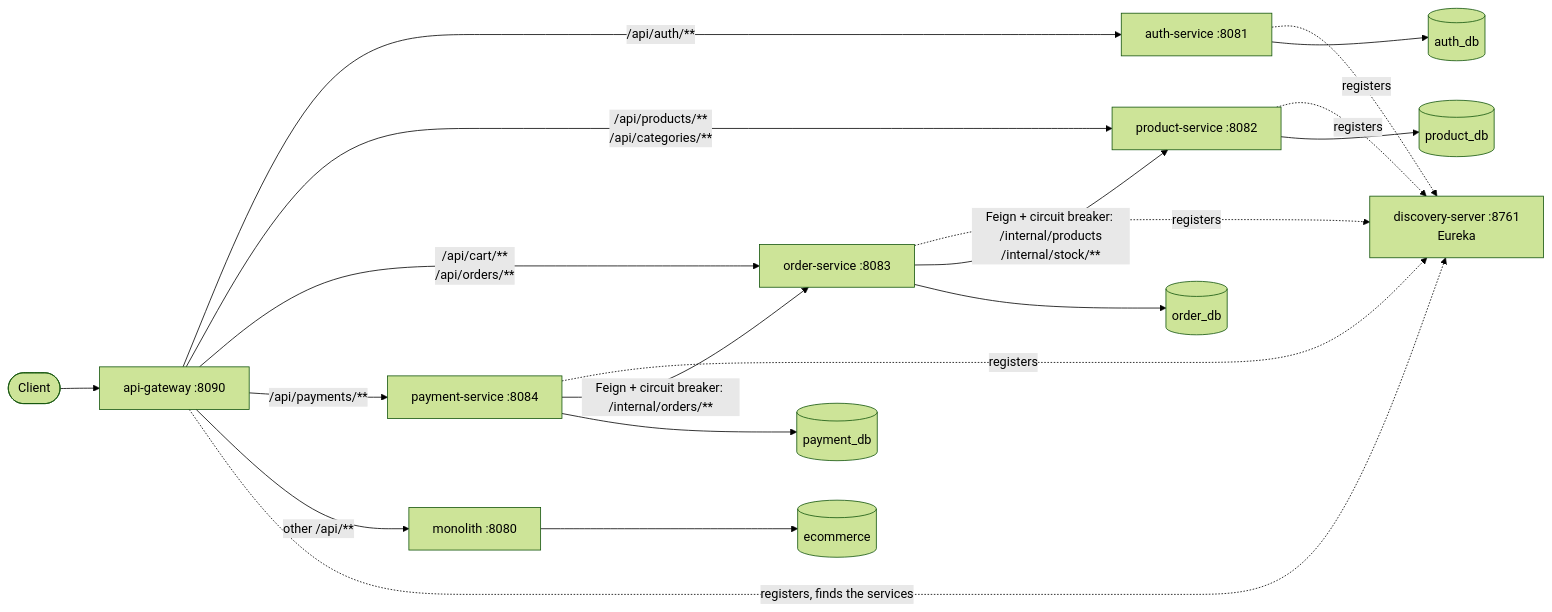
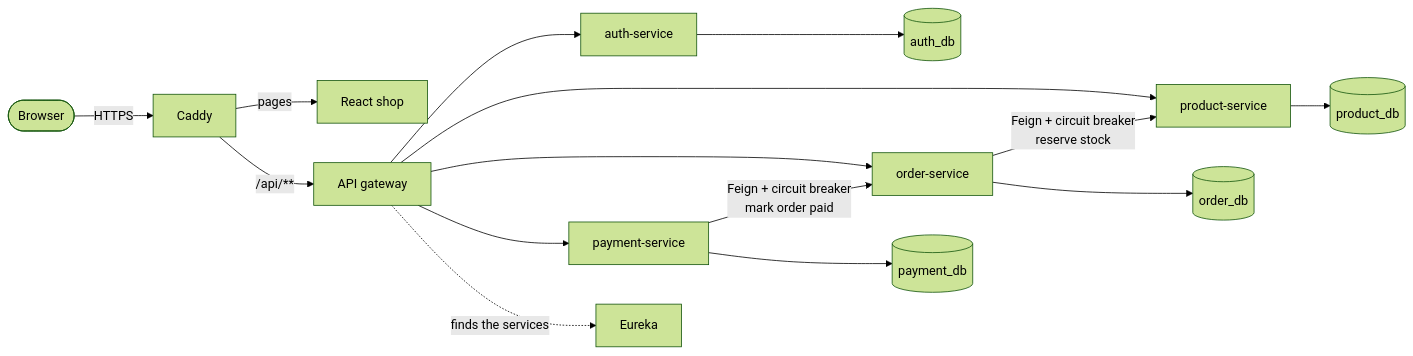
Before and after one commit to monssefbaakka/ecommerce-microservices: the diagram in README.md, drawn with Mermaid (forest theme). The commit also changed other lines of this file, not shown here.

````diff
--- a/README.md
+++ b/README.md
@@ -252,21 +14,17 @@
 ```mermaid
 flowchart LR
-    client([Client]) --> gateway["api-gateway :8090"]
-    gateway -- "/api/auth/**" --> auth["auth-service :8081"]
-    gateway -- "/api/products/**<br/>/api/categories/**" --> product["product-service :8082"]
-    gateway -- "/api/cart/**<br/>/api/orders/**" --> order["order-service :8083"]
-    gateway -- "/api/payments/**" --> payment["payment-service :8084"]
-    gateway -- "other /api/**" --> monolith["monolith :8080"]
-    auth -. registers .-> eureka["discovery-server :8761<br/>Eureka"]
-    product -. registers .-> eureka
-    order -. registers .-> eureka
-    payment -. registers .-> eureka
-    gateway -. registers, finds the services .-> eureka
-    order -- "Feign + circuit breaker: /internal/products<br/>/internal/stock/**" --> product
-    payment -- "Feign + circuit breaker: /internal/orders/**" --> order
+    browser([Browser]) -- HTTPS --> caddy["Caddy"]
+    caddy -- "pages" --> frontend["React shop"]
+    caddy -- "/api/**" --> gateway["API gateway"]
+    gateway --> auth["auth-service"]
+    gateway --> product["product-service"]
+    gateway --> order["order-service"]
+    gateway --> payment["payment-service"]
+    order -- "Feign + circuit breaker<br/>reserve stock" --> product
+    payment -- "Feign + circuit breaker<br/>mark order paid" --> order
+    gateway -. "finds the services" .-> eureka["Eureka"]
     auth --> authdb[(auth_db)]
     product --> productdb[(product_db)]
     order --> orderdb[(order_db)]
     payment --> paymentdb[(payment_db)]
-    monolith --> monolithdb[(ecommerce)]
 ```
````
